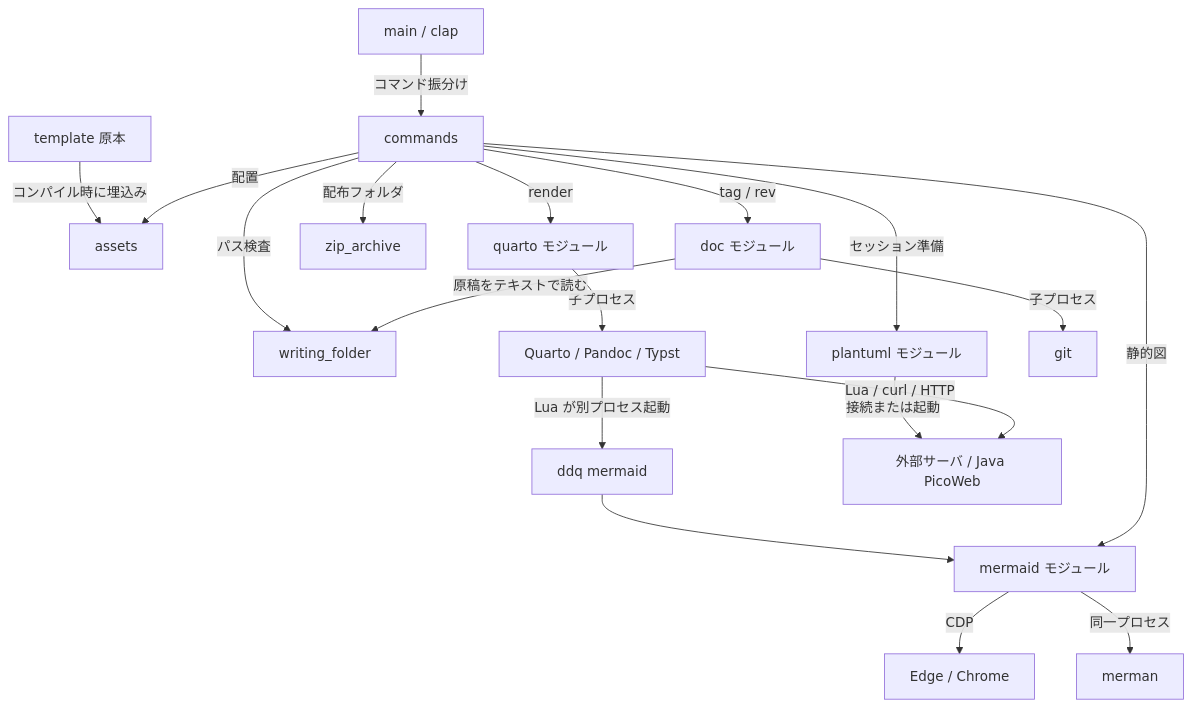
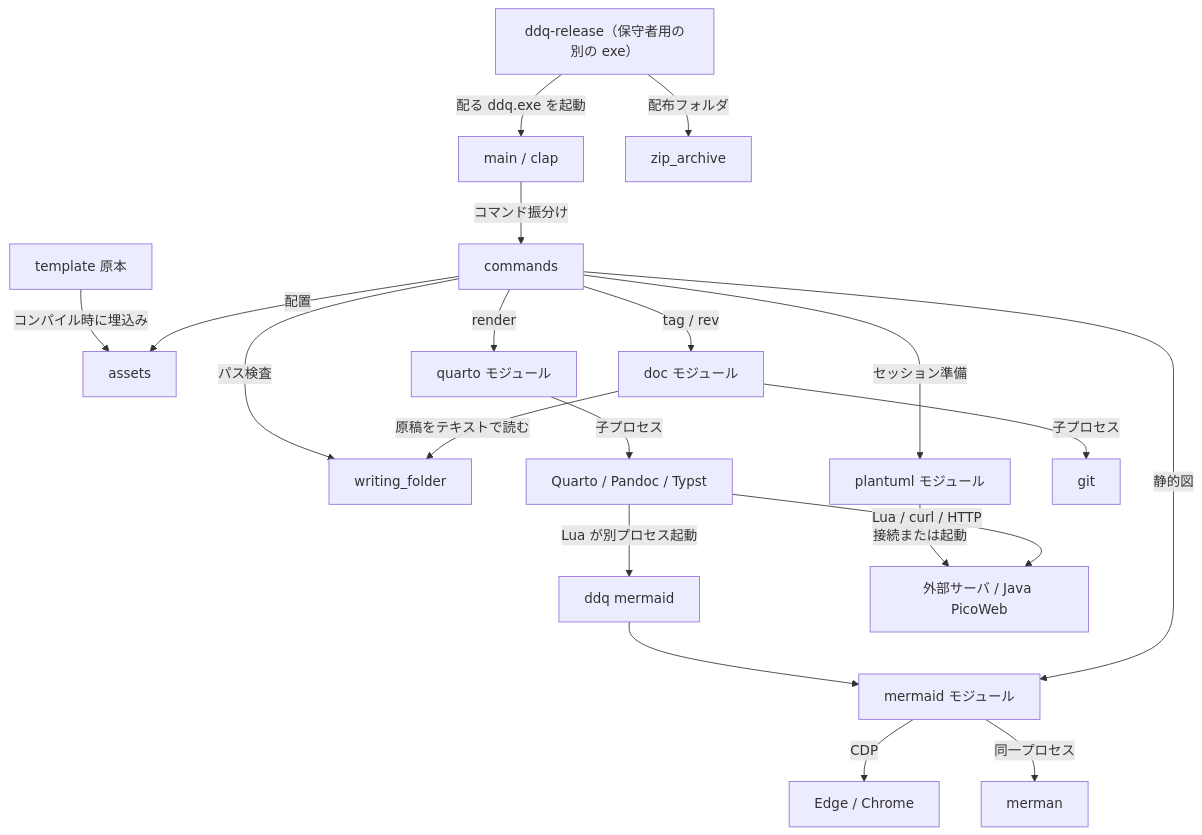
One commit to ramsesyok/ddq-template changed the diagram in docs/cli-impl/02-architecture.qmd. Above: the diagram before and after it, drawn with Mermaid. The commit also changed other lines of this file and 40 other files, not shown here.

First line of the commit message:
ddq から release を外し、保守者用の ddq-release に分ける

````diff
--- a/docs/cli-impl/02-architecture.qmd
+++ b/docs/cli-impl/02-architecture.qmd
@@ -7,21 +7,22 @@
 ```mermaid
 flowchart TB
   T[template 原本] -->|コンパイル時に埋込み| A[assets]
   M[main / clap] -->|コマンド振分け| C[commands]
   C -->|パス検査| W[writing_folder]
   C -->|配置| A
   C -->|render| Q[quarto モジュール]
   Q -->|子プロセス| P[Quarto / Pandoc / Typst]
   P -->|Lua が別プロセス起動| D[ddq mermaid]
   D --> R[mermaid モジュール]
   C -->|静的図| R
   R -->|CDP| B[Edge / Chrome]
   R -->|同一プロセス| N[merman]
   C -->|セッション準備| U[plantuml モジュール]
   U -->|接続または起動| S[外部サーバ / Java PicoWeb]
   P -->|Lua / curl / HTTP| S
-  C -->|配布フォルダ| Z[zip_archive]
+  RL[ddq-release（保守者用の別の exe）] -->|配る ddq.exe を起動| M
+  RL -->|配布フォルダ| Z[zip_archive]
   C -->|tag / rev| O[doc モジュール]
   O -->|原稿をテキストで読む| W
   O -->|子プロセス| G[git]
 ```
````
